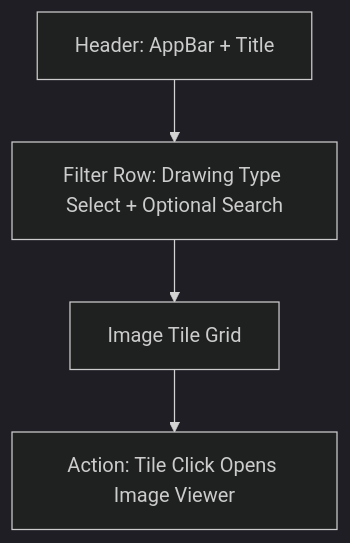
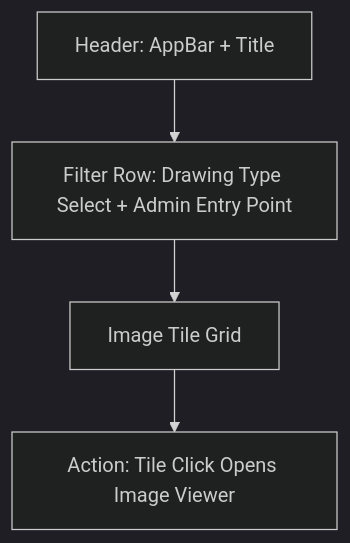
Before and after one commit to LewisCM14/schematic_mapper: the seventh of 9 diagrams in docs/spec.md, drawn with Mermaid (dark theme). The commit also changed other lines of this file and 45 other files, not shown here.

````diff
--- a/docs/spec.md
+++ b/docs/spec.md
@@ -721,9 +734,9 @@
 ```mermaid
 flowchart TB
     H[Header: AppBar + Title]
-    F1[Filter Row: Drawing Type Select + Optional Search]
+    F1[Filter Row: Drawing Type Select + Admin Entry Point]
     G[Image Tile Grid]
     A[Action: Tile Click Opens Image Viewer]
 
     H --> F1 --> G --> A
 ```
````
